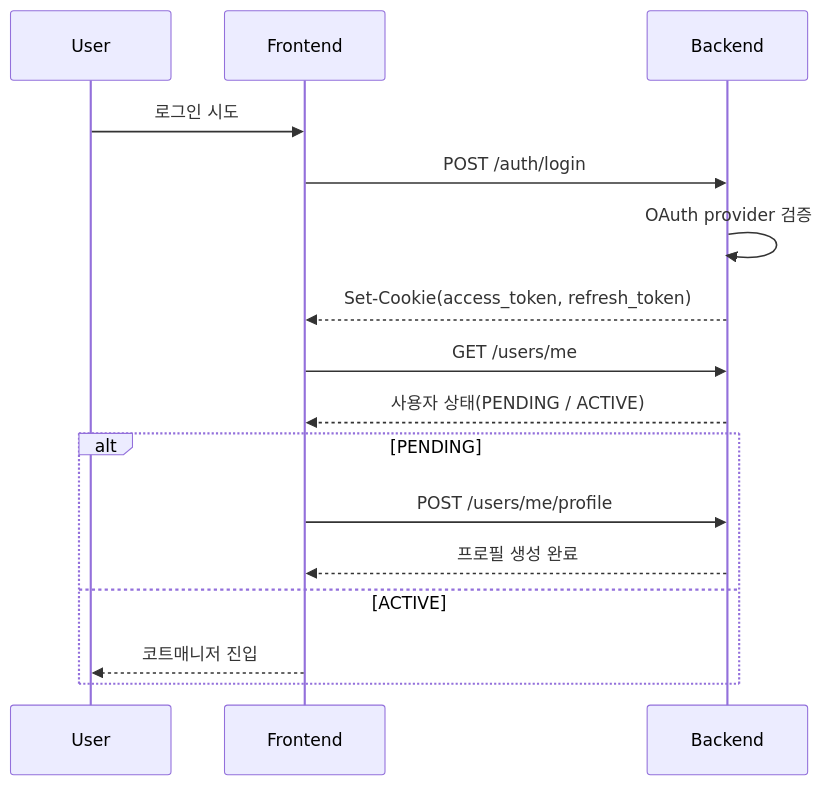
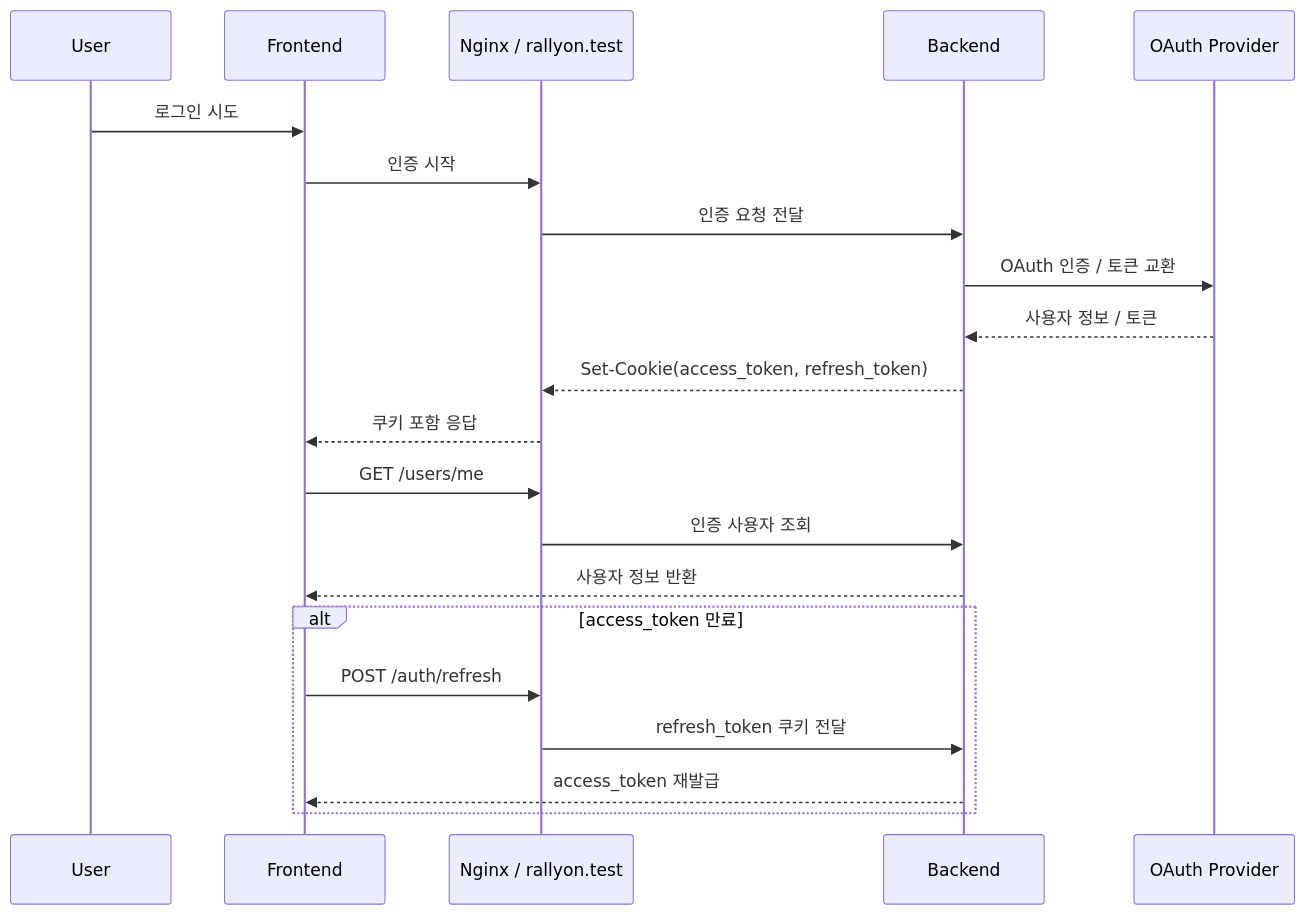
The second of 3 diagrams in posts/projects/rally-on/2-architecture.md (Gumraze-git/devlog), drawn with Mermaid before and after one commit. The commit also changed other lines of this file and 7 other files, not shown here.

````diff
--- a/posts/projects/rally-on/2-architecture.md
+++ b/posts/projects/rally-on/2-architecture.md
@@ -29,19 +29,24 @@
 ```mermaid
 sequenceDiagram
   participant U as User
   participant F as Frontend
+  participant P as Nginx / rallyon.test
   participant B as Backend
+  participant O as OAuth Provider
 
   U->>F: 로그인 시도
-  F->>B: POST /auth/login
-  B->>B: OAuth provider 검증
-  B-->>F: Set-Cookie(access_token, refresh_token)
-  F->>B: GET /users/me
-  B-->>F: 사용자 상태(PENDING / ACTIVE)
-  alt PENDING
-    F->>B: POST /users/me/profile
-    B-->>F: 프로필 생성 완료
-  else ACTIVE
-    F-->>U: 코트매니저 진입
+  F->>P: 인증 시작
+  P->>B: 인증 요청 전달
+  B->>O: OAuth 인증 / 토큰 교환
+  O-->>B: 사용자 정보 / 토큰
+  B-->>P: Set-Cookie(access_token, refresh_token)
+  P-->>F: 쿠키 포함 응답
+  F->>P: GET /users/me
+  P->>B: 인증 사용자 조회
+  B-->>F: 사용자 정보 반환
+  alt access_token 만료
+    F->>P: POST /auth/refresh
+    P->>B: refresh_token 쿠키 전달
+    B-->>F: access_token 재발급
   end
 ```
````
